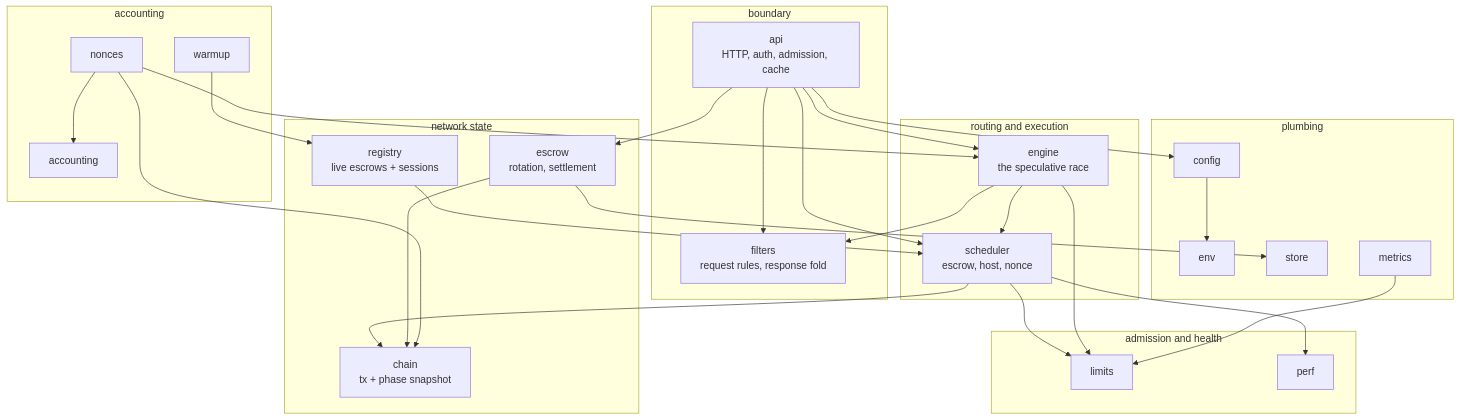
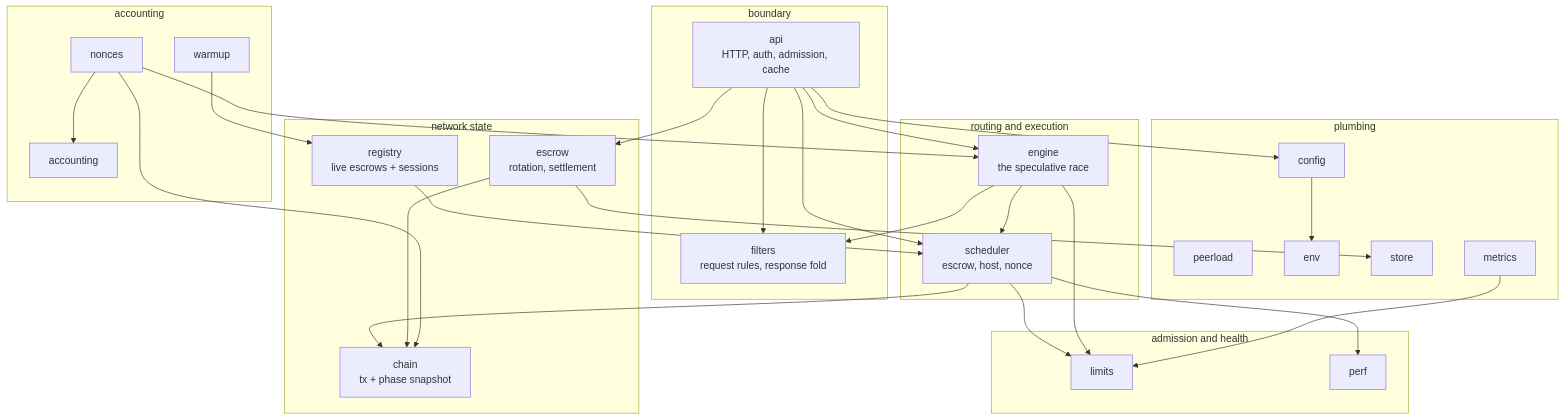
One commit to kaileido/gonka changed the first of 3 diagrams in devshard/cmd/gateway/docs/architecture.md. Above: the diagram before and after it, drawn with Mermaid. The commit also changed other lines of this file and 76 other files, not shown here.

````diff
--- a/devshard/cmd/gateway/docs/architecture.md
+++ b/devshard/cmd/gateway/docs/architecture.md
@@ -17,52 +17,53 @@
 ```mermaid
 graph TD
     subgraph boundary["boundary"]
         API["api<br/>HTTP, auth, admission, cache"]
         FIL["filters<br/>request rules, response fold"]
     end
     subgraph routing["routing and execution"]
         SCH["scheduler<br/>escrow, host, nonce"]
         ENG["engine<br/>the speculative race"]
     end
     subgraph state["network state"]
         REG["registry<br/>live escrows + sessions"]
         ESC["escrow<br/>rotation, settlement"]
         CHN["chain<br/>tx + phase snapshot"]
     end
     subgraph health["admission and health"]
         LIM["limits"]
         PRF["perf"]
     end
     subgraph ledger["accounting"]
         NON["nonces"]
         ACC["accounting"]
         WRM["warmup"]
     end
     subgraph plumbing["plumbing"]
         CFG["config"]
+        PEER["peerload"]
         ENV["env"]
         STO["store"]
         MET["metrics"]
     end
 
     API --> FIL
     API --> SCH
     API --> ENG
     API --> ESC
     ENG --> SCH
     SCH --> LIM
     SCH --> PRF
     SCH --> CHN
     ENG --> LIM
     ENG --> FIL
     REG --> SCH
     ESC --> CHN
     ESC --> STO
     NON --> ACC
     NON --> ENG
     NON --> CHN
     WRM --> REG
     CFG --> ENV
     API --> CFG
     MET --> LIM
 ```
````
